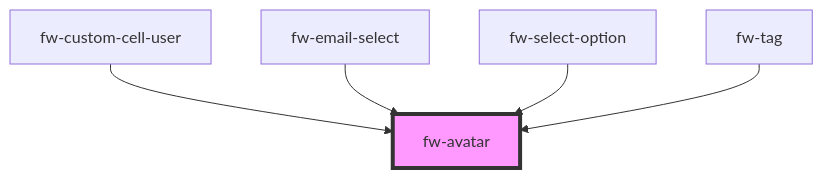
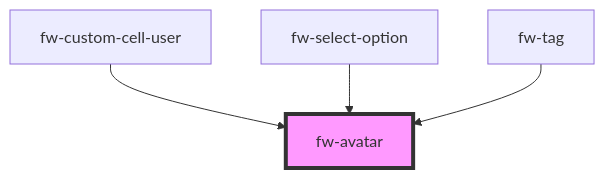
The diagram in packages/crayons-core/src/components/avatar/readme.md (freshworks/crayons), drawn with Mermaid before and after one commit. The commit also changed other lines of this file and 10 other files, not shown here.

````diff
--- a/packages/crayons-core/src/components/avatar/readme.md
+++ b/packages/crayons-core/src/components/avatar/readme.md
@@ -116,8 +115,7 @@
 ```mermaid
 graph TD;
   fw-custom-cell-user --> fw-avatar
-  fw-email-select --> fw-avatar
   fw-select-option --> fw-avatar
   fw-tag --> fw-avatar
   style fw-avatar fill:#f9f,stroke:#333,stroke-width:4px
 ```
````
